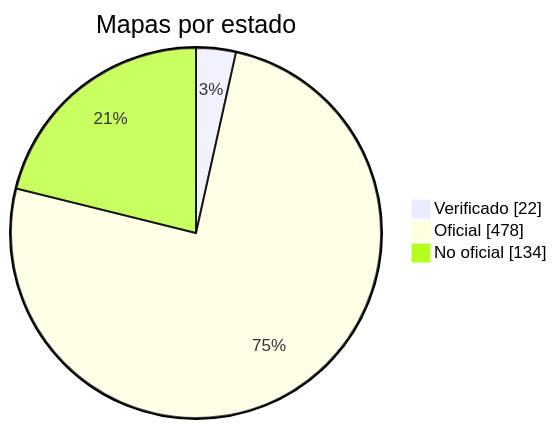
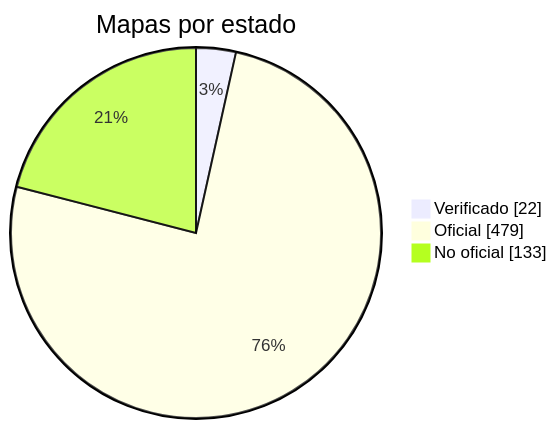
The diagram in docs/readme/README_ES.md (nobrega8/mbmap-library), drawn with Mermaid before and after one commit. The commit also changed 6 other files, not shown here.

````diff
--- a/docs/readme/README_ES.md
+++ b/docs/readme/README_ES.md
@@ -54,7 +54,7 @@
 ```mermaid
 pie showData
     title Mapas por estado
     "Verificado" : 22
-    "Oficial" : 478
-    "No oficial" : 134
+    "Oficial" : 479
+    "No oficial" : 133
 ```
````
